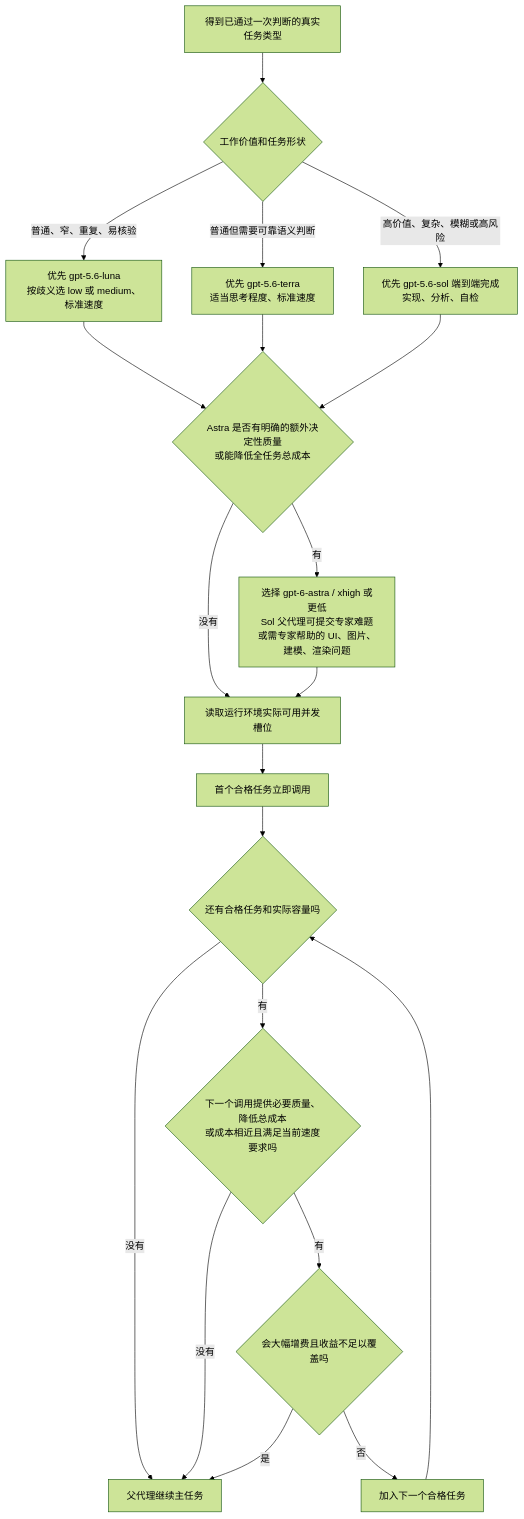
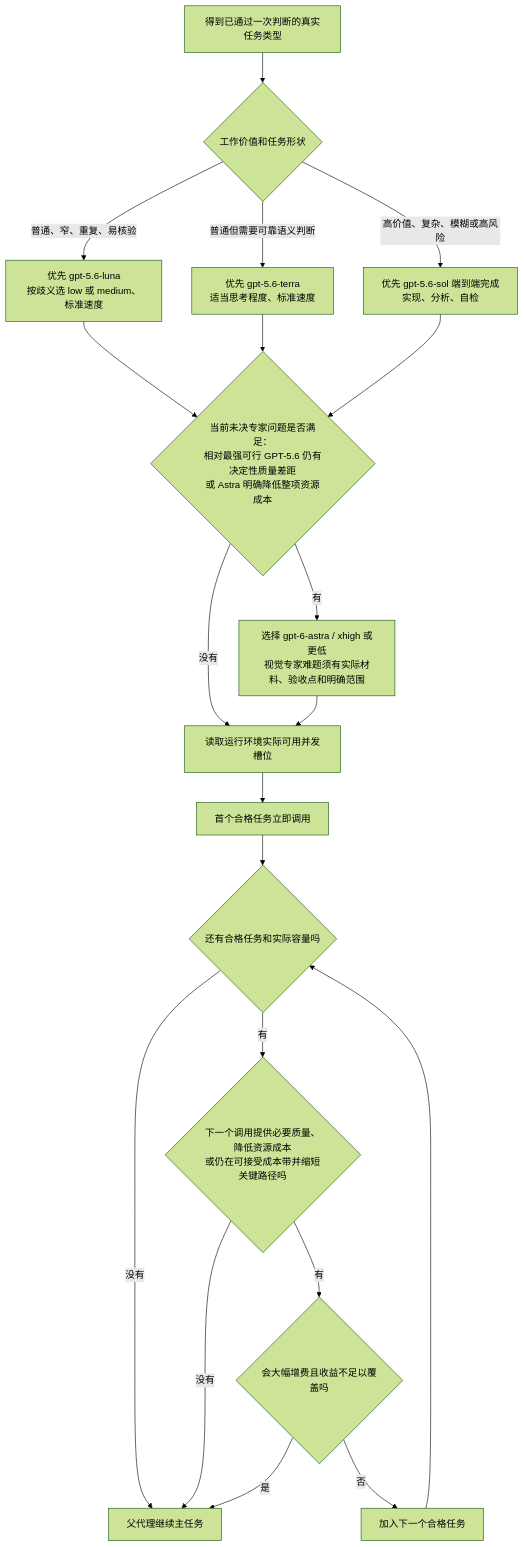
Before and after one commit to Lang45/codex-lean-stack: the third of 13 diagrams in skills/lean-stack/references/flowcharts-zh.md, drawn with Mermaid (forest theme). The commit also changed other lines of this file and 15 other files, not shown here.

````diff
--- a/skills/lean-stack/references/flowcharts-zh.md
+++ b/skills/lean-stack/references/flowcharts-zh.md
@@ -298,22 +292,22 @@
 ```mermaid
 flowchart TD
     A[得到已通过一次判断的真实任务类型] --> A0{工作价值和任务形状}
     A0 -->|普通、窄、重复、易核验| AL[优先 gpt-5.6-luna<br/>按歧义选 low 或 medium、标准速度]
     A0 -->|普通但需要可靠语义判断| AT[优先 gpt-5.6-terra<br/>适当思考程度、标准速度]
     A0 -->|高价值、复杂、模糊或高风险| AS[优先 gpt-5.6-sol 端到端完成<br/>实现、分析、自检]
-    AL --> AH{Astra 是否有明确的额外决定性质量<br/>或能降低全任务总成本}
+    AL --> AH{当前未决专家问题是否满足：<br/>相对最强可行 GPT-5.6 仍有决定性质量差距<br/>或 Astra 明确降低整项资源成本}
     AT --> AH
     AS --> AH
     AH -->|没有| B[读取运行环境实际可用并发槽位]
-    AH -->|有| AA[选择 gpt-6-astra / xhigh 或更低<br/>Sol 父代理可提交专家难题或需专家帮助的 UI、图片、建模、渲染问题]
+    AH -->|有| AA[选择 gpt-6-astra / xhigh 或更低<br/>视觉专家难题须有实际材料、验收点和明确范围]
     AA --> B
     B --> C[首个合格任务立即调用]
     C --> D{还有合格任务和实际容量吗}
     D -->|没有| E[父代理继续主任务]
-    D -->|有| F{下一个调用提供必要质量、降低总成本<br/>或成本相近且满足当前速度要求吗}
+    D -->|有| F{下一个调用提供必要质量、降低资源成本<br/>或仍在可接受成本带并缩短关键路径吗}
     F -->|没有| E
     F -->|有| G{会大幅增费且收益不足以覆盖吗}
     G -->|是| E
     G -->|否| H[加入下一个合格任务]
     H --> D
 ```
````
